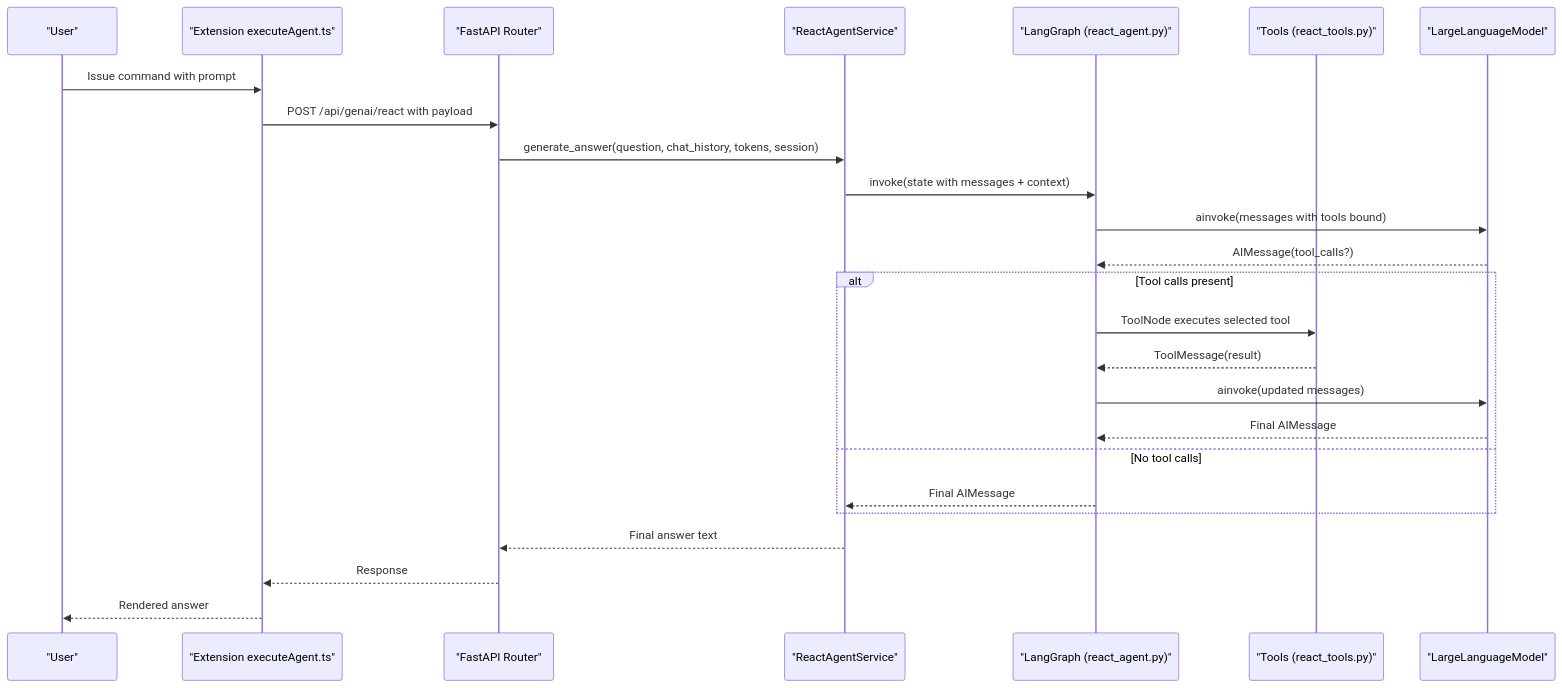
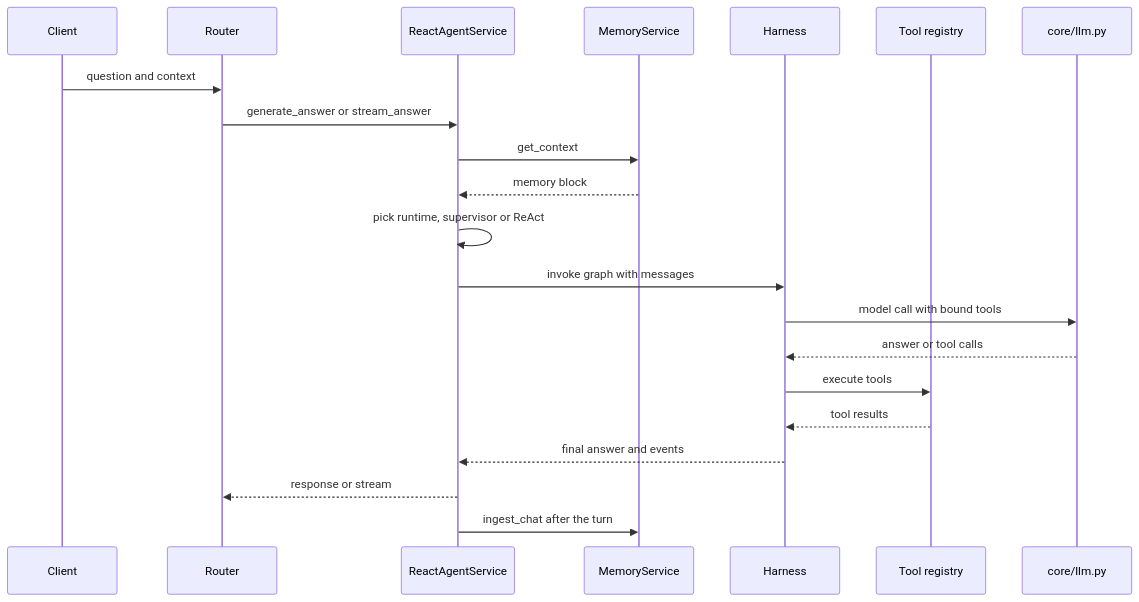
One commit to tashifkhan/tashif.codes changed the second of 3 diagrams in src/data/docs/agentic-browser/AI Agent System/AI Agent System.md. Above: the diagram before and after it, drawn with Mermaid. The commit also changed other lines of this file and 114 other files, not shown here.

````diff
--- a/src/data/docs/agentic-browser/AI Agent System/AI Agent System.md
+++ b/src/data/docs/agentic-browser/AI Agent System/AI Agent System.md
@@ -76,27 +81,23 @@
 ```mermaid
 sequenceDiagram
-participant User as "User"
-participant Ext as "Extension executeAgent.ts"
-participant API as "FastAPI Router"
-participant Svc as "ReactAgentService"
-participant Graph as "LangGraph (react_agent.py)"
-participant Tools as "Tools (react_tools.py)"
-participant LLM as "LargeLanguageModel"
-User->>Ext : Issue command with prompt
-Ext->>API : POST /api/genai/react with payload
-API->>Svc : generate_answer(question, chat_history, tokens, session)
-Svc->>Graph : invoke(state with messages + context)
-Graph->>LLM : ainvoke(messages with tools bound)
-LLM-->>Graph : AIMessage(tool_calls?)
-alt Tool calls present
-Graph->>Tools : ToolNode executes selected tool
-Tools-->>Graph : ToolMessage(result)
-Graph->>LLM : ainvoke(updated messages)
-LLM-->>Graph : Final AIMessage
-else No tool calls
-Graph-->>Svc : Final AIMessage
-end
-Svc-->>API : Final answer text
-API-->>Ext : Response
-Ext-->>User : Rendered answer
+  participant C as Client
+  participant R as Router
+  participant S as ReactAgentService
+  participant M as MemoryService
+  participant H as Harness
+  participant T as Tool registry
+  participant L as core/llm.py
+  C->>R: question and context
+  R->>S: generate_answer or stream_answer
+  S->>M: get_context
+  M-->>S: memory block
+  S->>S: pick runtime, supervisor or ReAct
+  S->>H: invoke graph with messages
+  H->>L: model call with bound tools
+  L-->>H: answer or tool calls
+  H->>T: execute tools
+  T-->>H: tool results
+  H-->>S: final answer and events
+  S-->>R: response or stream
+  S->>M: ingest_chat after the turn
 ```
````
